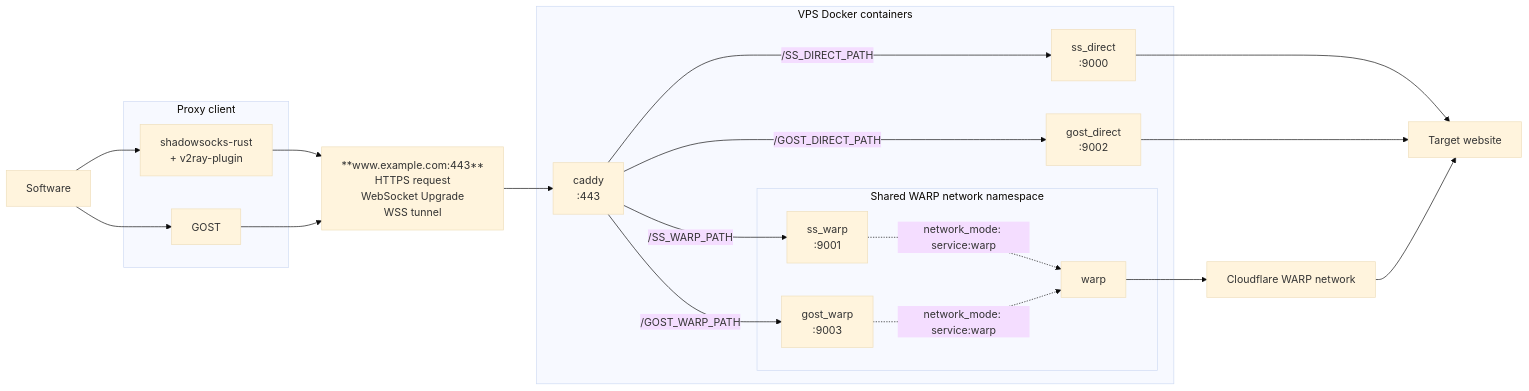
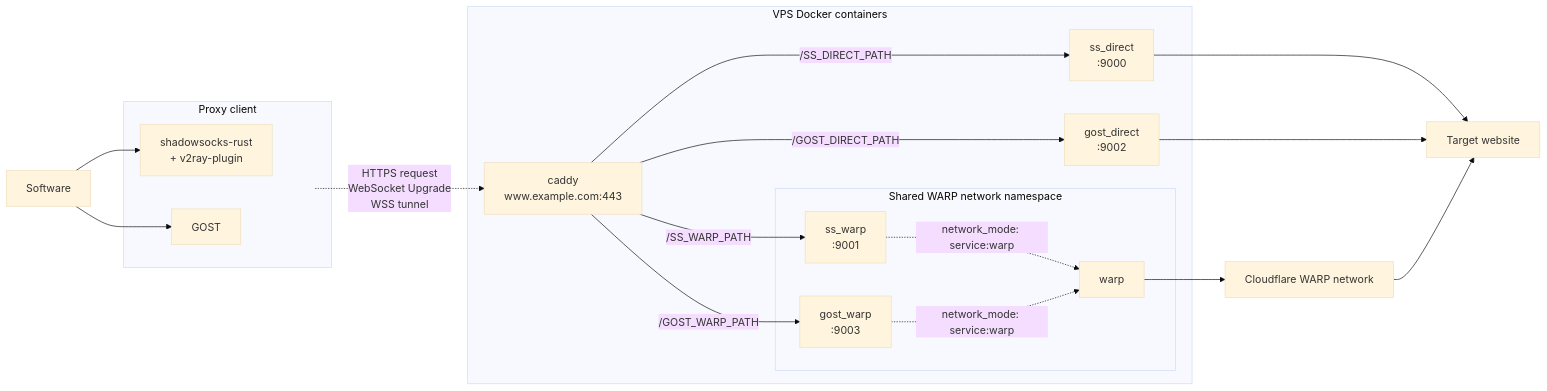
Before and after one commit to zmyxpt/proxy_deploy: the diagram in README.md, drawn with Mermaid (base theme).

Commit message:
README: update flowchart

````diff
--- a/README.md
+++ b/README.md
@@ -15,44 +15,46 @@
 ```mermaid
 flowchart LR
     SOFTWARE["Software"]
 
     subgraph CLIENT["Proxy client"]
         SSCLIENT["shadowsocks-rust<br/>+ v2ray-plugin"]
         GOSTCLIENT["GOST"]
+        CLIENTOUT((" "))
+
+        SSCLIENT ~~~ CLIENTOUT
+        GOSTCLIENT ~~~ CLIENTOUT
     end
 
-    DOMAIN["**www.example.com:443**<br/>HTTPS request<br/>WebSocket Upgrade<br/>WSS tunnel"]
-
     subgraph DOCKER["VPS Docker containers"]
-        CADDY["caddy<br/>:443"]
+        CADDY["caddy<br/>www.example.com:443"]
         SSDIRECT["ss_direct<br/>:9000"]
         GOSTDIRECT["gost_direct<br/>:9002"]
 
         subgraph WARPNS["Shared WARP network namespace"]
             SSWARP["ss_warp<br/>:9001"]
             GOSTWARP["gost_warp<br/>:9003"]
             WARP["warp"]
         end
     end
 
     CLOUDFLARE["Cloudflare WARP network"]
     TARGET["Target website"]
 
     SOFTWARE --> SSCLIENT
     SOFTWARE --> GOSTCLIENT
-    SSCLIENT --> DOMAIN
-    GOSTCLIENT --> DOMAIN
-    DOMAIN --> CADDY
+    CLIENTOUT -. HTTPS request<br/>WebSocket Upgrade<br/>WSS tunnel .-> CADDY
 
     CADDY -->|/SS_DIRECT_PATH| SSDIRECT
     CADDY -->|/SS_WARP_PATH| SSWARP
     CADDY -->|/GOST_DIRECT_PATH| GOSTDIRECT
     CADDY -->|/GOST_WARP_PATH| GOSTWARP
 
     SSDIRECT --> TARGET
     GOSTDIRECT --> TARGET
     SSWARP -. network_mode: service:warp .-> WARP
     GOSTWARP -. network_mode: service:warp .-> WARP
     WARP --> CLOUDFLARE
     CLOUDFLARE --> TARGET
+
+    style CLIENTOUT fill:none,stroke:none
 ```
````
